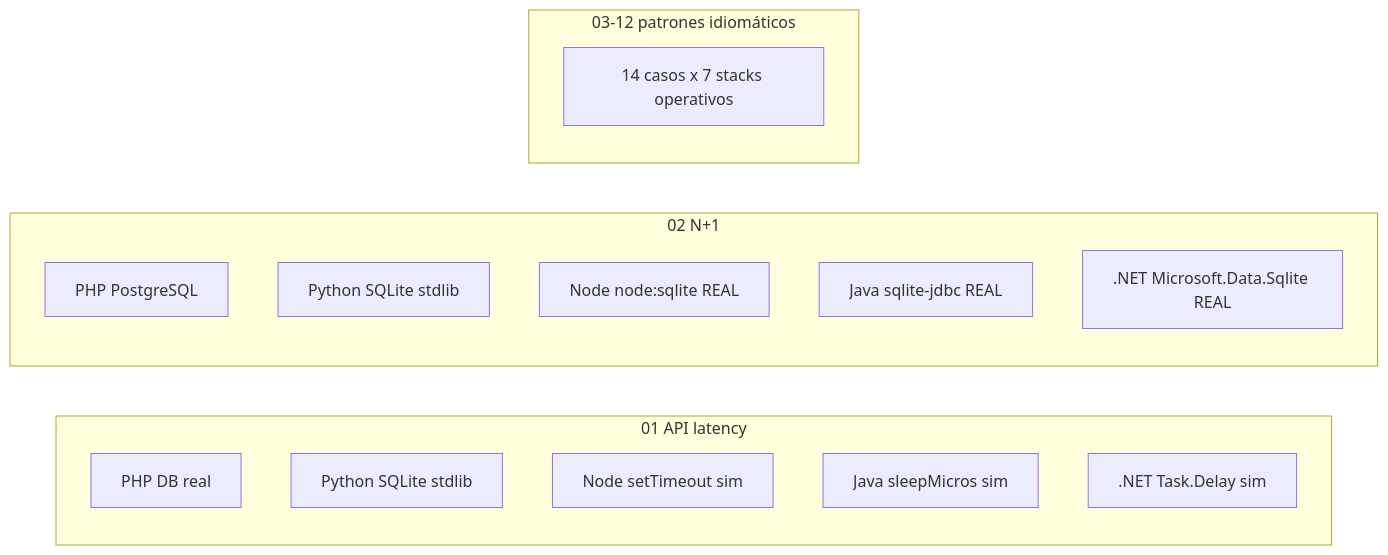
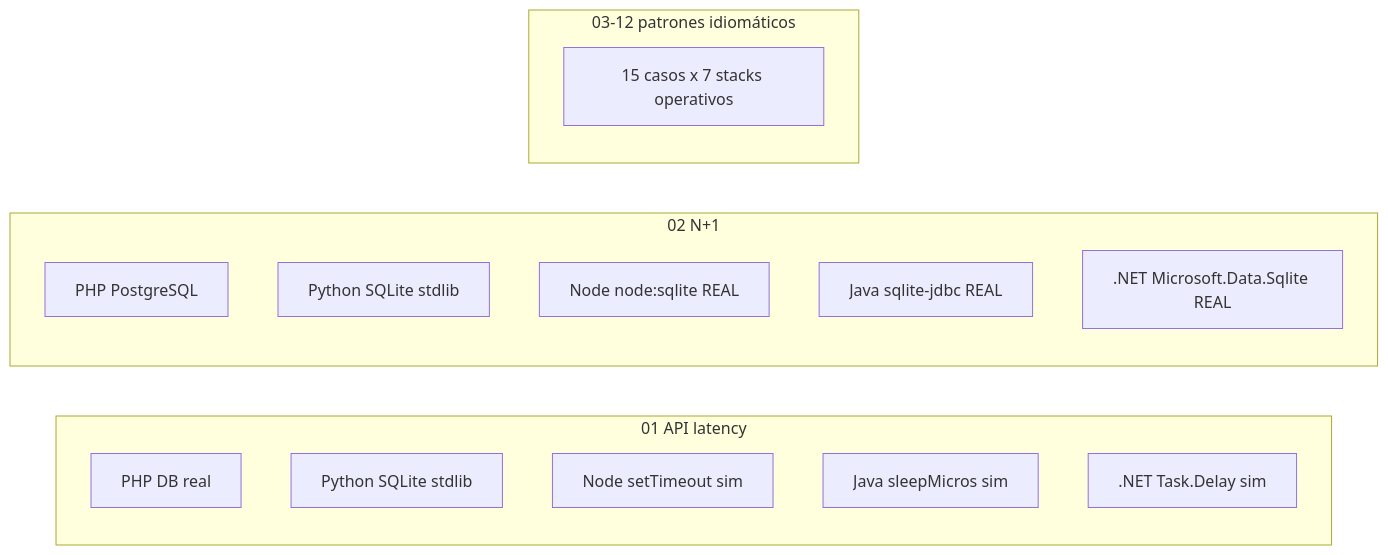
One commit to vladimiracunadev-create/problem-driven-systems-lab changed the fourth of 5 diagrams in ARCHITECTURE.md. Above: the diagram before and after it, drawn with Mermaid. The commit also changed other lines of this file and 102 other files, not shown here.

````diff
--- a/ARCHITECTURE.md
+++ b/ARCHITECTURE.md
@@ -217,22 +217,22 @@
 ```mermaid
 graph LR
     subgraph C01[01 API latency]
         C01_PHP[PHP DB real]
         C01_PY[Python SQLite stdlib]
         C01_NODE[Node setTimeout sim]
         C01_JAVA[Java sleepMicros sim]
         C01_NET[.NET Task.Delay sim]
     end
 
     subgraph C02[02 N+1]
         C02_PHP[PHP PostgreSQL]
         C02_PY[Python SQLite stdlib]
         C02_NODE[Node node:sqlite REAL]
         C02_JAVA[Java sqlite-jdbc REAL]
         C02_NET[.NET Microsoft.Data.Sqlite REAL]
     end
 
     subgraph C03_12[03-12 patrones idiomáticos]
-        OTHER[14 casos x 7 stacks operativos]
+        OTHER[15 casos x 7 stacks operativos]
     end
 ```
````
